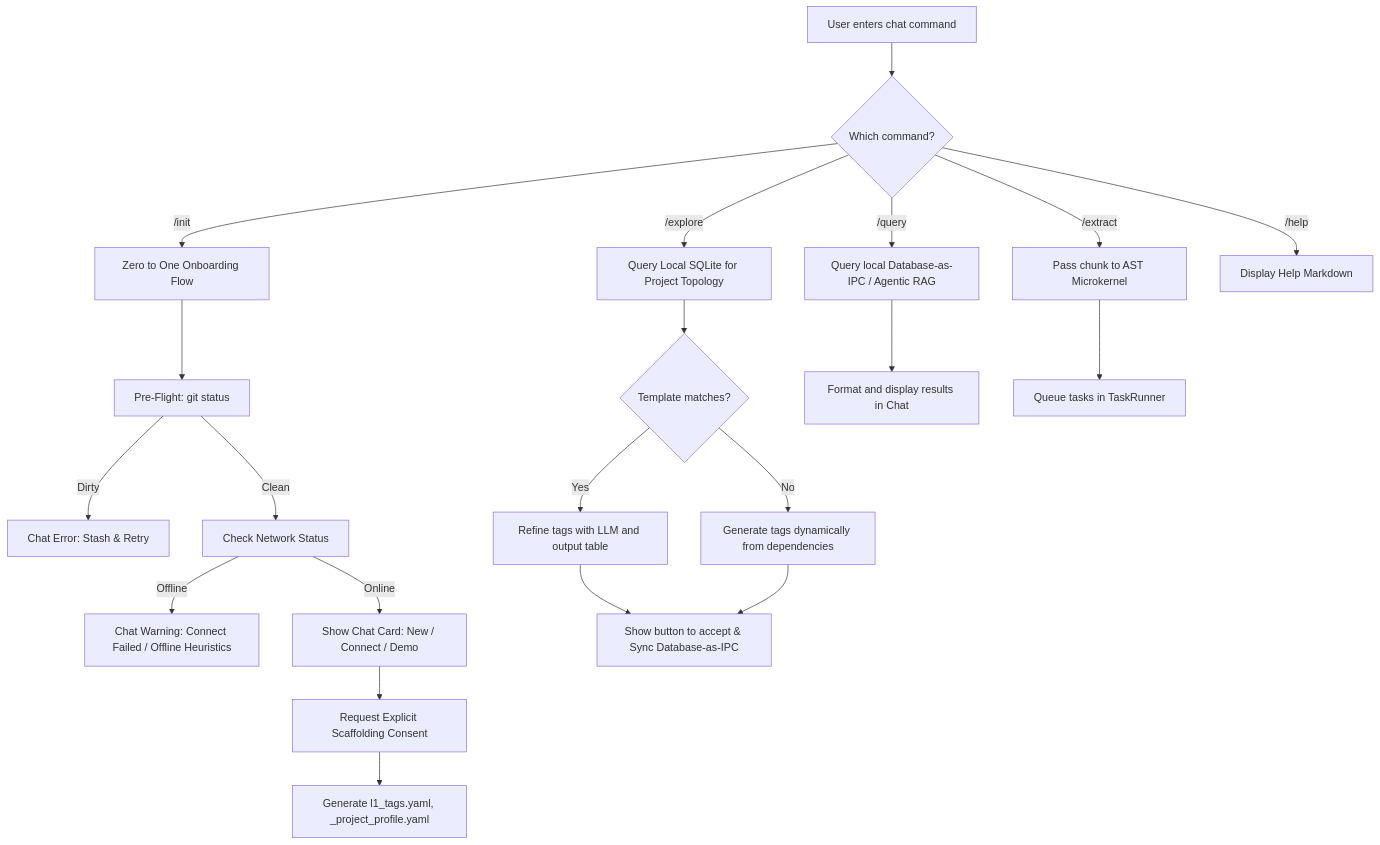
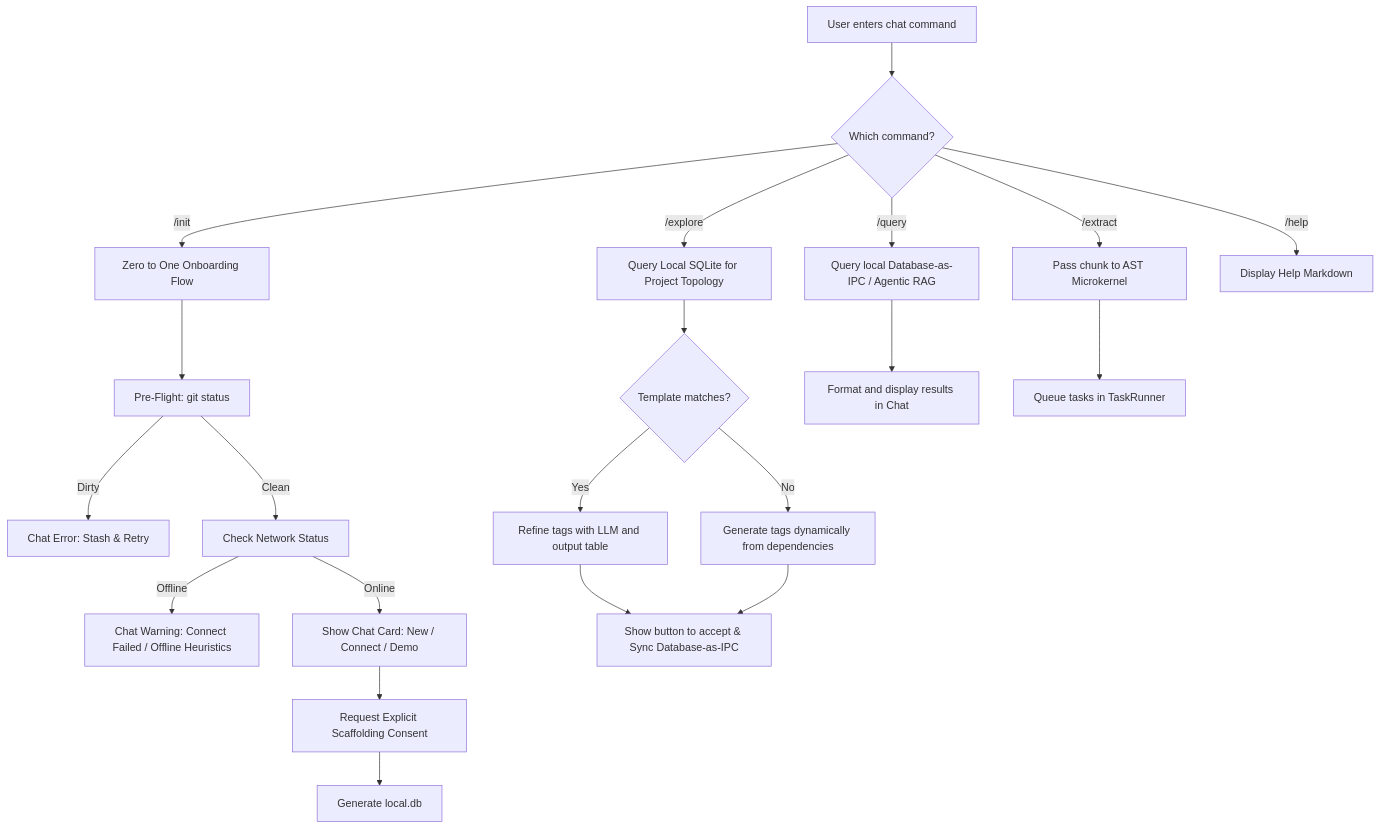
One commit to dyphn1/Docuvia changed the diagram in docs/design/vscode-client/chat-participant/slash-commands.md. Above: the diagram before and after it, drawn with Mermaid. The commit also changed other lines of this file and 12 other files, not shown here.

Commit message:
refactor(vscode): eliminate remaining legacy YAML usage and align documentation to local SQLite architecture

````diff
--- a/docs/design/vscode-client/chat-participant/slash-commands.md
+++ b/docs/design/vscode-client/chat-participant/slash-commands.md
@@ -12,28 +12,28 @@
 ```mermaid
 flowchart TD
     Query[User enters chat command] --> Path{Which command?}
 
     Path -->|/init| Init[Zero to One Onboarding Flow]
     Init --> CheckGit[Pre-Flight: git status]
     CheckGit -- Dirty --> ErrorGit[Chat Error: Stash & Retry]
     CheckGit -- Clean --> CheckNet[Check Network Status]
     CheckNet -- Offline --> ErrorNet[Chat Warning: Connect Failed / Offline Heuristics]
     CheckNet -- Online --> PromptInit[Show Chat Card: New / Connect / Demo]
     PromptInit --> Consent[Request Explicit Scaffolding Consent]
-    Consent --> ScaffoldInit[Generate l1_tags.yaml, _project_profile.yaml]
+    Consent --> ScaffoldInit[Generate local.db]
 
     Path -->|/explore| Explore[Query Local SQLite for Project Topology]
     Explore --> Match{Template matches?}
     Match -- Yes --> Refine[Refine tags with LLM and output table]
     Match -- No --> Dynamic[Generate tags dynamically from dependencies]
     Refine --> Accept[Show button to accept & Sync Database-as-IPC]
     Dynamic --> Accept
 
     Path -->|/query| Search[Query local Database-as-IPC / Agentic RAG]
     Search --> OutputChat[Format and display results in Chat]
 
     Path -->|/extract| Extract[Pass chunk to AST Microkernel]
     Extract --> Queue[Queue tasks in TaskRunner]
 
     Path -->|/help| Help[Display Help Markdown]
 ```
````
